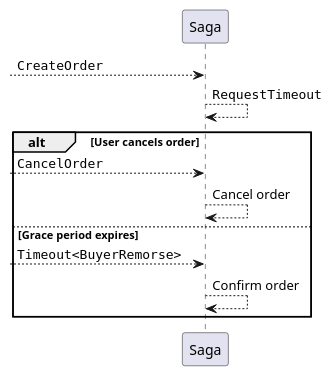
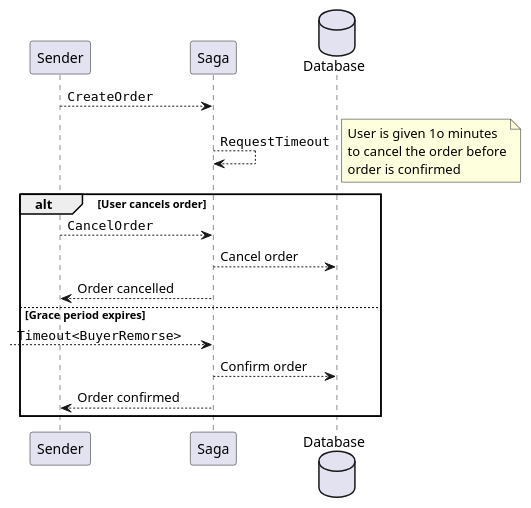
One commit to rioka/NsbSagaPlayground changed the first of 2 diagrams in README.md. Above: the diagram before and after it, drawn with PlantUML. The commit also changed other lines of this file, not shown here.

````diff
--- a/README.md
+++ b/README.md
@@ -1,16 +1,26 @@
 ```plantuml
+participant Sender as Se
 participant Saga as S
-[--> S: ""CreateOrder""
+database Database as DB
+Se --> S: ""CreateOrder""
 
 S --> S: ""RequestTimeout""
 
+note right
+  User is given 1o minutes
+  to cancel the order before
+  order is confirmed
+end note
+
 alt User cancels order
-[--> S: ""CancelOrder""
-S --> S: Cancel order
+Se --> S: ""CancelOrder""
+S --> DB: Cancel order
+S --> Se: Order cancelled
 
 else Grace period expires 
 
 [--> S: ""Timeout<BuyerRemorse>""
-S --> S: Confirm order
+S --> DB: Confirm order
+S --> Se: Order confirmed
 end
 ```
````
